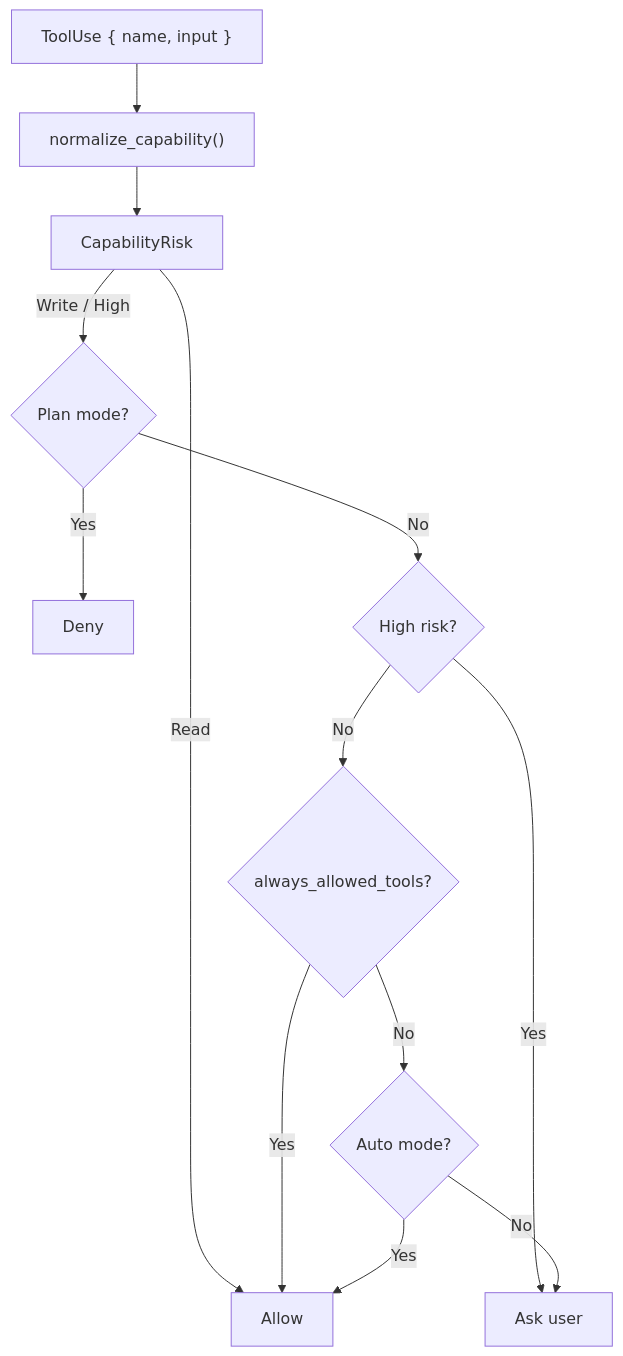
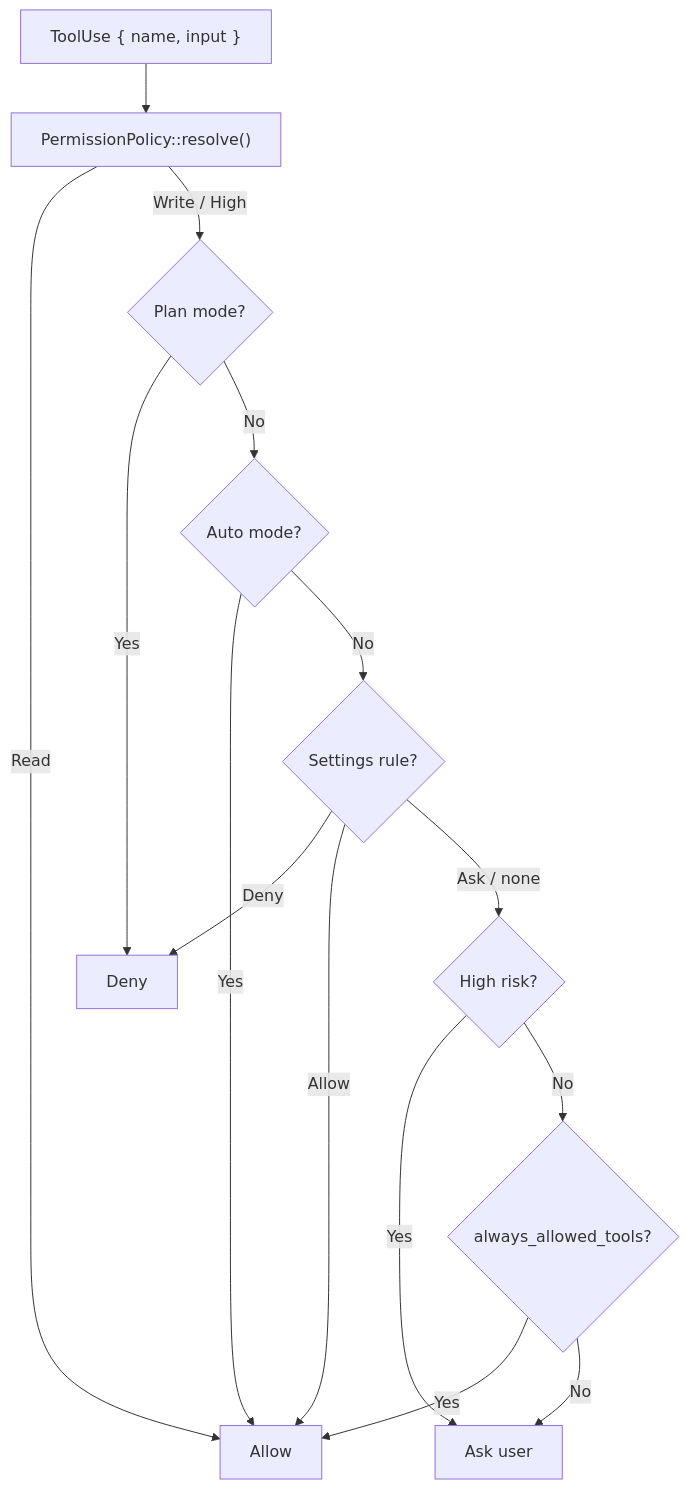
The first of 3 diagrams in book/10_chapter_permission.md (rust-infra/tact), drawn with Mermaid before and after one commit. The commit also changed other lines of this file and 126 other files, not shown here.

Commit message:
feat: subagent persistence, TUI polish, voice input, tool metadata refactor & more (#52)

````diff
--- a/book/10_chapter_permission.md
+++ b/book/10_chapter_permission.md
@@ -126,20 +130,22 @@
 ```mermaid
 flowchart TD
-    TC["ToolUse { name, input }"] --> Norm["normalize_capability()"]
-    Norm --> Risk["CapabilityRisk"]
-
+    TC["ToolUse { name, input }"] --> Risk["PermissionPolicy::resolve()"]
     Risk -- Read --> Allow["Allow"]
     Risk -- Write / High --> Plan{"Plan mode?"}
 
     Plan -- Yes --> Deny["Deny"]
-    Plan -- No --> High{"High risk?"}
+    Plan -- No --> Auto{"Auto mode?"}
+
+    Auto -- Yes --> Allow
+    Auto -- No --> Settings{"Settings rule?"}
+
+    Settings -- Deny --> Deny
+    Settings -- Allow --> Allow
+    Settings -- Ask / none --> High{"High risk?"}
 
     High -- Yes --> Ask["Ask user"]
     High -- No --> AllowList{"always_allowed_tools?"}
 
     AllowList -- Yes --> Allow
-    AllowList -- No --> Auto{"Auto mode?"}
-
-    Auto -- Yes --> Allow
-    Auto -- No --> Ask
+    AllowList -- No --> Ask
 ```
````
